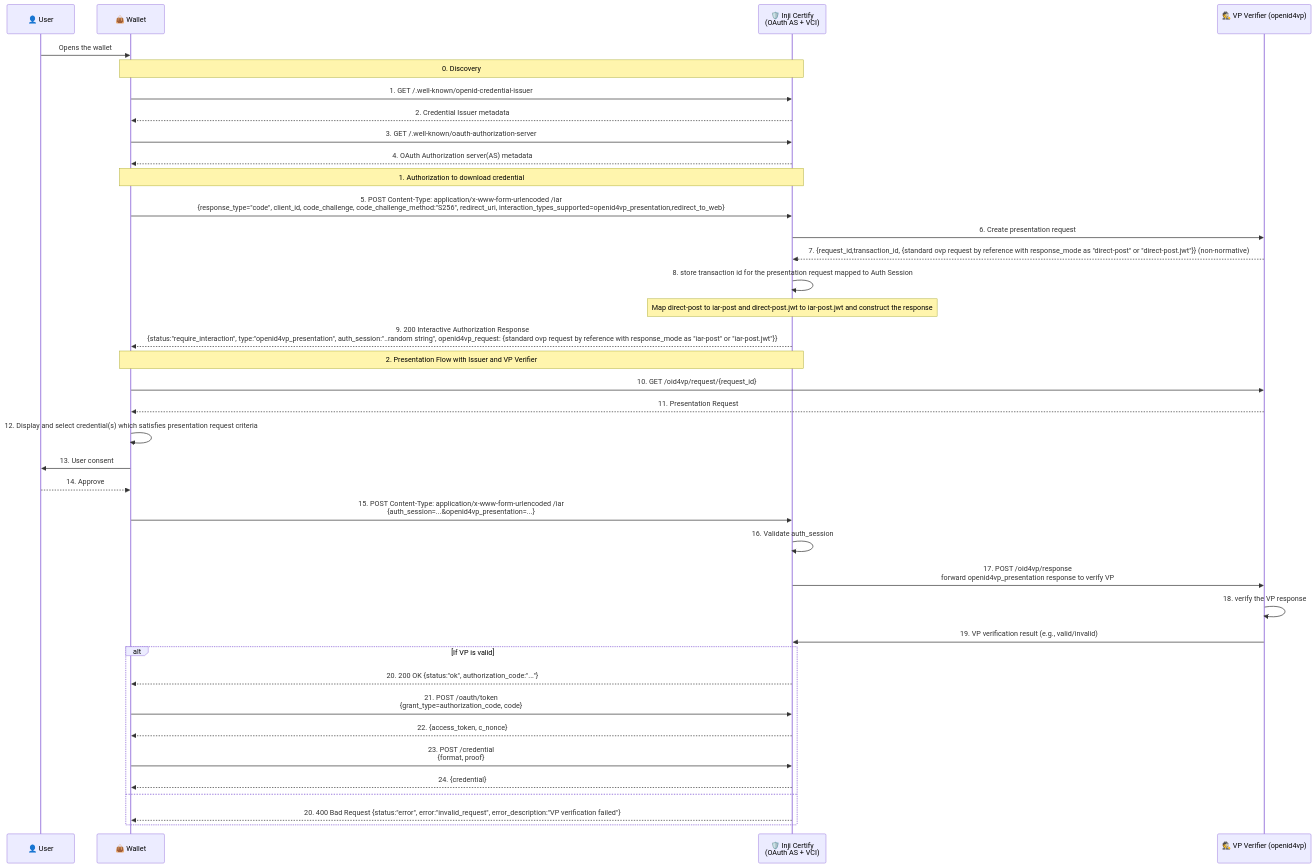
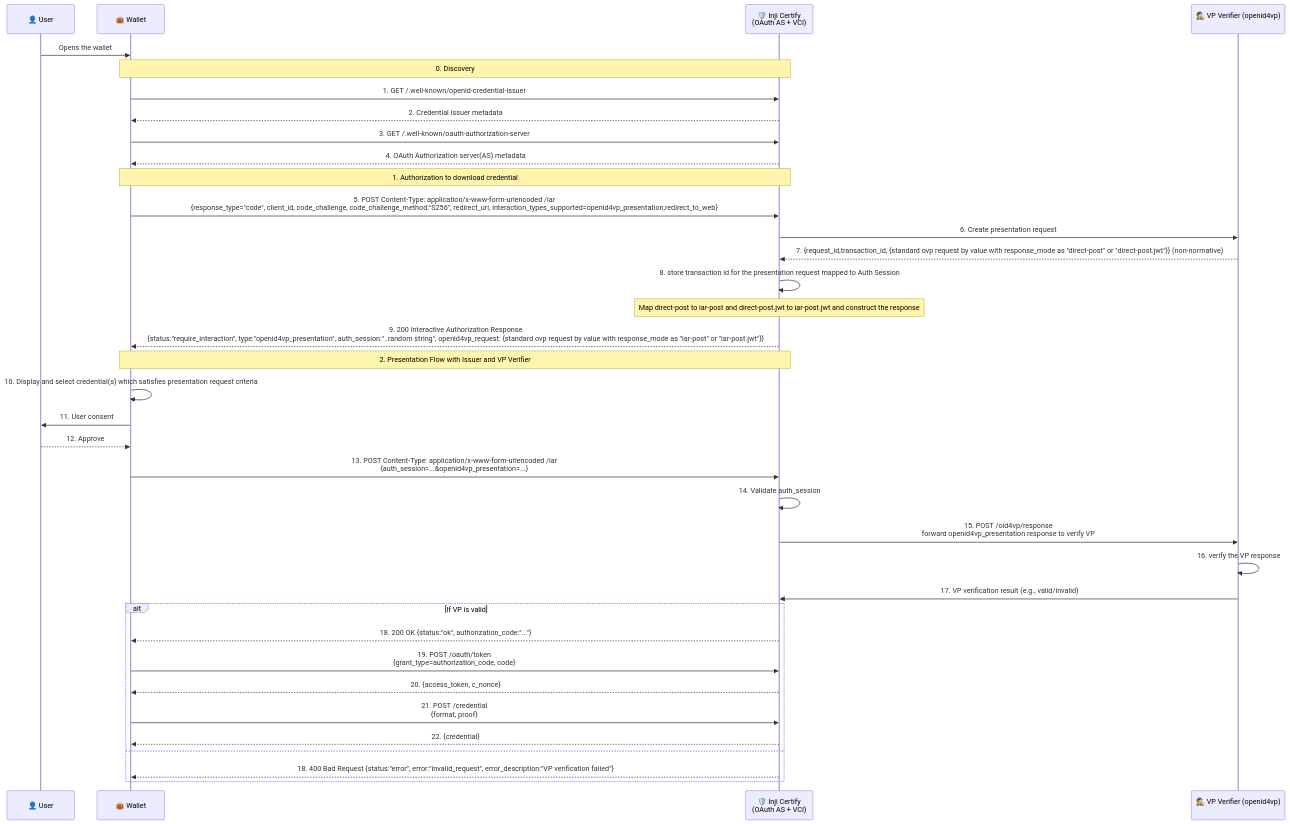
The diagram in docs/Presentation-During-Issuance.md (mosip/inji-certify), drawn with Mermaid before and after one commit. The commit also changed other lines of this file, not shown here.

Commit message:
[INJIMOB-1034] - Use presentation request by value

````diff
--- a/docs/Presentation-During-Issuance.md
+++ b/docs/Presentation-During-Issuance.md
@@ -33,45 +33,43 @@
 ```mermaid
 sequenceDiagram
     participant U as 👤 User
     participant W as 👜 Wallet
     participant IC as 🛡️ Inji Certify<br/>(OAuth AS + VCI)
     participant IVP as 🕵️ VP Verifier (openid4vp)<br/>
 
     U->>W: Opens the wallet
     Note over W,IC: 0. Discovery
     W->>IC: 1. GET /.well-known/openid-credential-issuer
     IC-->>W: 2. Credential Issuer metadata
     W->>IC: 3. GET /.well-known/oauth-authorization-server
     IC-->>W: 4. OAuth Authorization server(AS) metadata 
     
     Note over W,IC: 1. Authorization to download credential
     W->>IC: 5. POST Content-Type: application/x-www-form-urlencoded /iar<br/>{response_type="code", client_id, code_challenge, code_challenge_method:"S256", redirect_uri, interaction_types_supported=openid4vp_presentation,redirect_to_web}
     IC->>IVP: 6. Create presentation request
-    IVP-->>IC: 7. {request_id,transaction_id, {standard ovp request by reference with response_mode as "direct-post" or "direct-post.jwt"}} (non-normative)
+    IVP-->>IC: 7. {request_id,transaction_id, {standard ovp request by value with response_mode as "direct-post" or "direct-post.jwt"}} (non-normative)
     IC->>IC: 8. store transaction id for the presentation request mapped to Auth Session
     Note over IC: Map direct-post to iar-post and direct-post.jwt to iar-post.jwt and construct the response
-    IC-->>W: 9. 200 Interactive Authorization Response<br/>{status:"require_interaction", type:"openid4vp_presentation", auth_session:"..random string", openid4vp_request: {standard ovp request by reference with response_mode as "iar-post" or "iar-post.jwt"}}
+    IC-->>W: 9. 200 Interactive Authorization Response<br/>{status:"require_interaction", type:"openid4vp_presentation", auth_session:"..random string", openid4vp_request: {standard ovp request by value with response_mode as "iar-post" or "iar-post.jwt"}}
     
     Note over W,IC: 2. Presentation Flow with Issuer and VP Verifier
-    W->>IVP: 10. GET /oid4vp/request/{request_id}
-    IVP-->>W: 11. Presentation Request
-    W->>W: 12. Display and select credential(s) which satisfies presentation request criteria
-    W->>U: 13. User consent
-    U-->>W: 14. Approve
-    W->>IC: 15. POST Content-Type: application/x-www-form-urlencoded /iar<br/>{auth_session=...&openid4vp_presentation=...}
-    IC->>IC: 16. Validate auth_session
-    IC->>IVP: 17. POST /oid4vp/response<br/>forward openid4vp_presentation response to verify VP
-    IVP->>IVP: 18. verify the VP response
-    IVP->>IC: 19. VP verification result (e.g., valid/invalid)
+    W->>W: 10. Display and select credential(s) which satisfies presentation request criteria
+    W->>U: 11. User consent
+    U-->>W: 12. Approve
+    W->>IC: 13. POST Content-Type: application/x-www-form-urlencoded /iar<br/>{auth_session=...&openid4vp_presentation=...}
+    IC->>IC: 14. Validate auth_session
+    IC->>IVP: 15. POST /oid4vp/response<br/>forward openid4vp_presentation response to verify VP
+    IVP->>IVP: 16. verify the VP response
+    IVP->>IC: 17. VP verification result (e.g., valid/invalid)
     
     alt If VP is valid 
-            IC-->>W: 20. 200 OK {status:"ok", authorization_code:"..."}
-            W->>IC: 21. POST /oauth/token<br/>{grant_type=authorization_code, code}
-            IC-->>W: 22. {access_token, c_nonce}
-            W->>IC: 23. POST /credential<br/>{format, proof}
-            IC-->>W: 24. {credential}
+            IC-->>W: 18. 200 OK {status:"ok", authorization_code:"..."}
+            W->>IC: 19. POST /oauth/token<br/>{grant_type=authorization_code, code}
+            IC-->>W: 20. {access_token, c_nonce}
+            W->>IC: 21. POST /credential<br/>{format, proof}
+            IC-->>W: 22. {credential}
     else
-            IC-->>W: 20. 400 Bad Request {status:"error", error:"invalid_request", error_description:"VP verification failed"}
+            IC-->>W: 18. 400 Bad Request {status:"error", error:"invalid_request", error_description:"VP verification failed"}
     end
     
 ```
````
